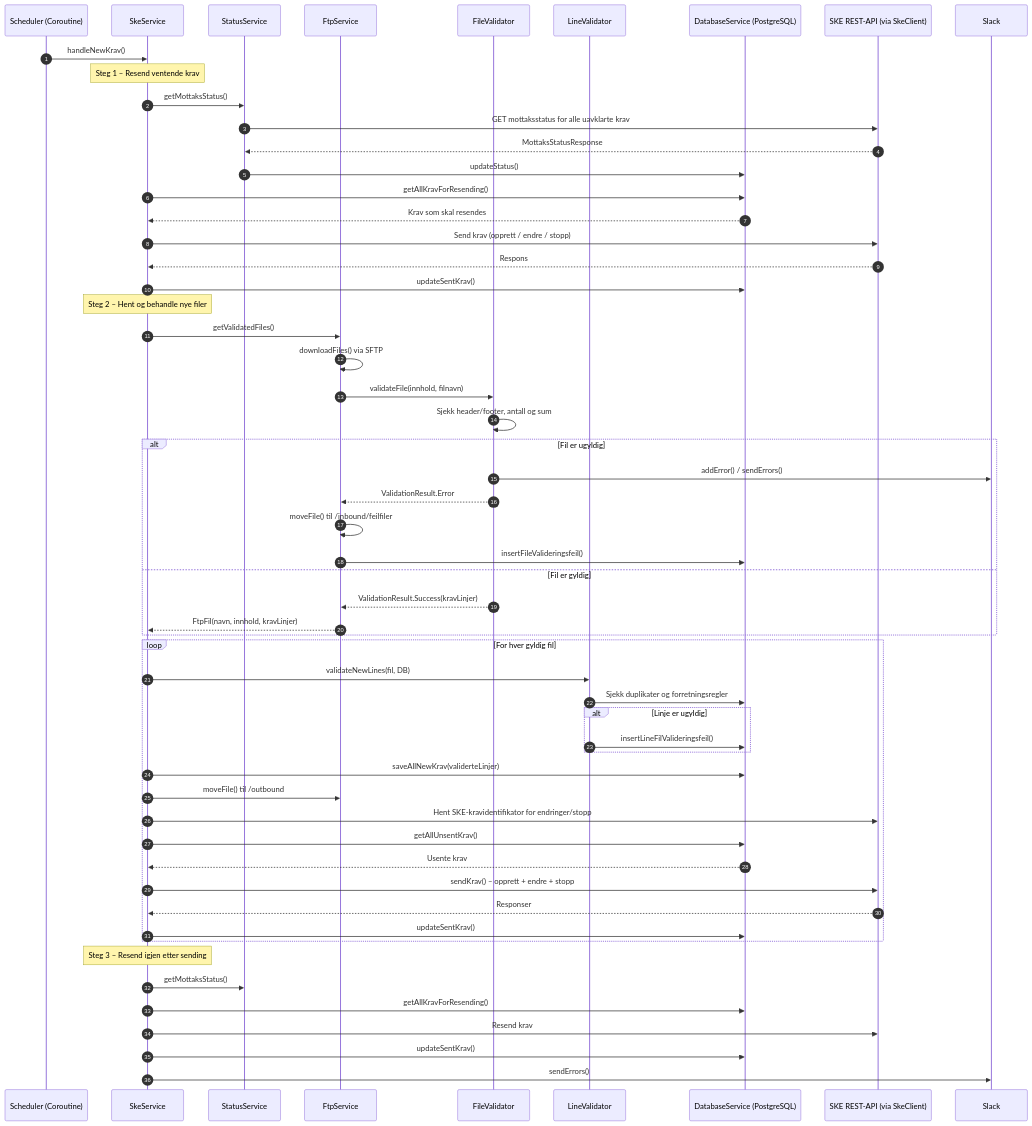
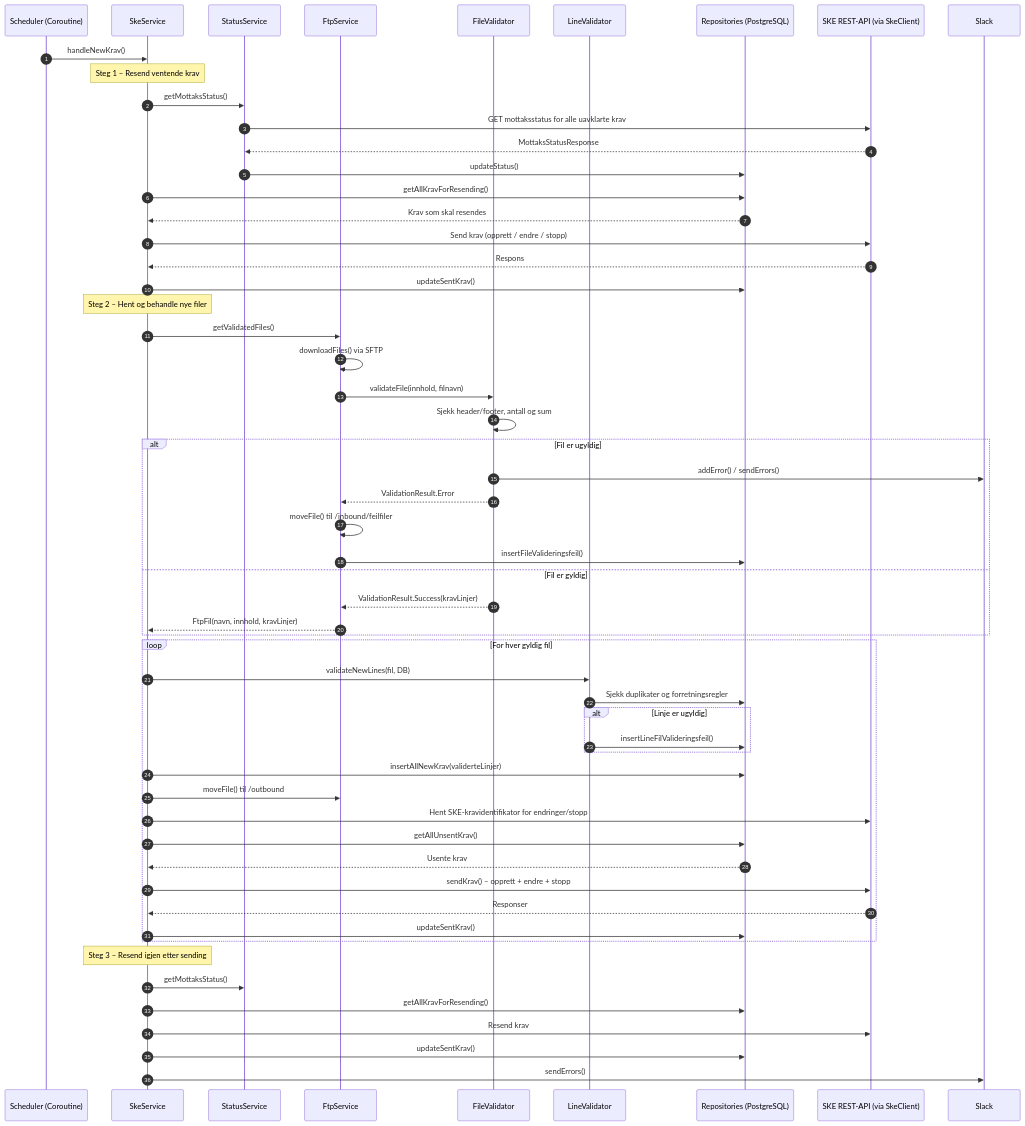
Before and after one commit to navikt/sokos-ske-krav: the first of 6 diagrams in dokumentasjon/arkitektur/Funksjonell_flyt.md, drawn with Mermaid. The commit also changed other lines of this file and 52 other files, not shown here.

````diff
--- a/dokumentasjon/arkitektur/Funksjonell_flyt.md
+++ b/dokumentasjon/arkitektur/Funksjonell_flyt.md
@@ -15,59 +15,59 @@
 ```mermaid
 sequenceDiagram
     autonumber
     participant Scheduler as Scheduler (Coroutine)
     participant SkeService
     participant StatusService
     participant FtpService
     participant FileValidator
     participant LineValidator
-    participant DB as DatabaseService (PostgreSQL)
+    participant DB as Repositories (PostgreSQL)
     participant SKE as SKE REST-API (via SkeClient)
     participant Slack
     Scheduler->>SkeService: handleNewKrav()
     note over SkeService: Steg 1 – Resend ventende krav
     SkeService->>StatusService: getMottaksStatus()
     StatusService->>SKE: GET mottaksstatus for alle uavklarte krav
     SKE-->>StatusService: MottaksStatusResponse
     StatusService->>DB: updateStatus()
     SkeService->>DB: getAllKravForResending()
     DB-->>SkeService: Krav som skal resendes
     SkeService->>SKE: Send krav (opprett / endre / stopp)
     SKE-->>SkeService: Respons
     SkeService->>DB: updateSentKrav()
     note over SkeService: Steg 2 – Hent og behandle nye filer
     SkeService->>FtpService: getValidatedFiles()
     FtpService->>FtpService: downloadFiles() via SFTP
     FtpService->>FileValidator: validateFile(innhold, filnavn)
     FileValidator->>FileValidator: Sjekk header/footer, antall og sum
     alt Fil er ugyldig
         FileValidator->>Slack: addError() / sendErrors()
         FileValidator-->>FtpService: ValidationResult.Error
         FtpService->>FtpService: moveFile() til /inbound/feilfiler
         FtpService->>DB: insertFileValideringsfeil()
     else Fil er gyldig
         FileValidator-->>FtpService: ValidationResult.Success(kravLinjer)
         FtpService-->>SkeService: FtpFil(navn, innhold, kravLinjer)
     end
     loop For hver gyldig fil
         SkeService->>LineValidator: validateNewLines(fil, DB)
         LineValidator->>DB: Sjekk duplikater og forretningsregler
         alt Linje er ugyldig
             LineValidator->>DB: insertLineFilValideringsfeil()
         end
-        SkeService->>DB: saveAllNewKrav(validerteLinjer)
+        SkeService->>DB: insertAllNewKrav(validerteLinjer)
         SkeService->>FtpService: moveFile() til /outbound
         SkeService->>SKE: Hent SKE-kravidentifikator for endringer/stopp
         SkeService->>DB: getAllUnsentKrav()
         DB-->>SkeService: Usente krav
         SkeService->>SKE: sendKrav() – opprett + endre + stopp
         SKE-->>SkeService: Responser
         SkeService->>DB: updateSentKrav()
     end
     note over SkeService: Steg 3 – Resend igjen etter sending
     SkeService->>StatusService: getMottaksStatus()
     SkeService->>DB: getAllKravForResending()
     SkeService->>SKE: Resend krav
     SkeService->>DB: updateSentKrav()
     SkeService->>Slack: sendErrors()
 ```
````
